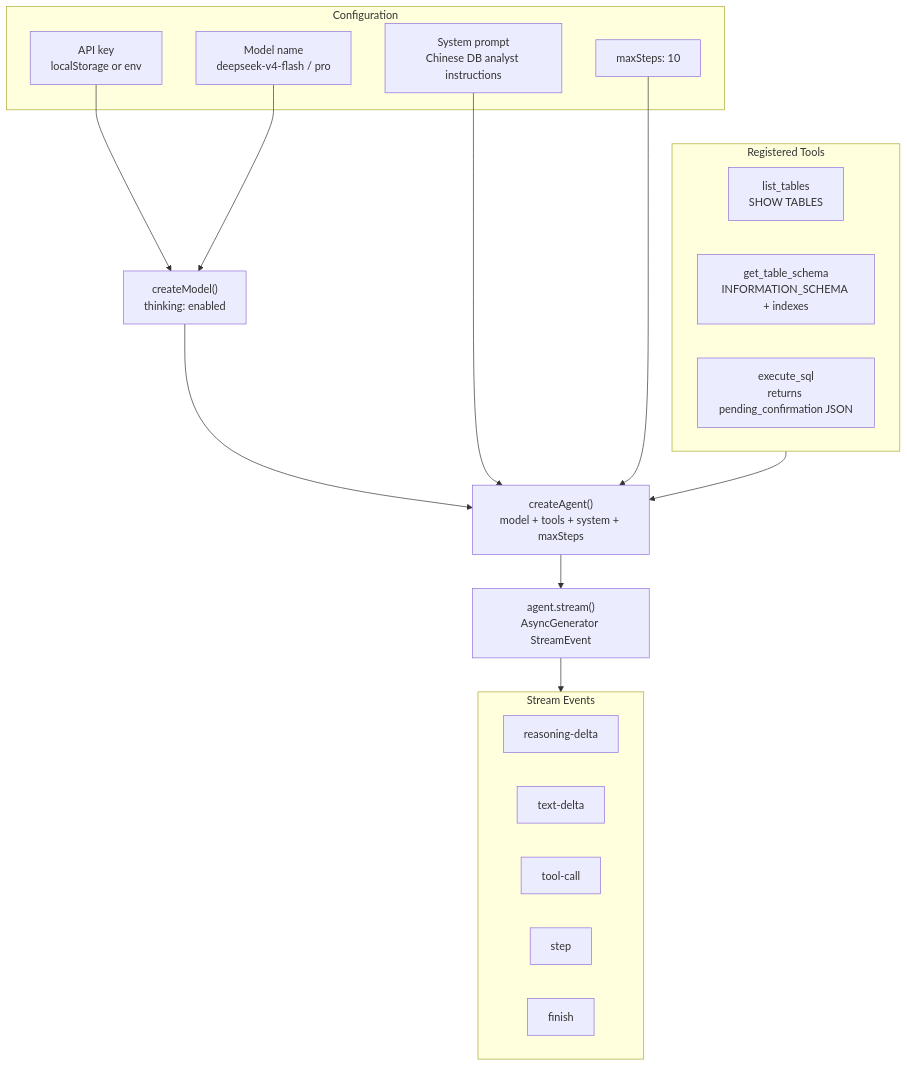
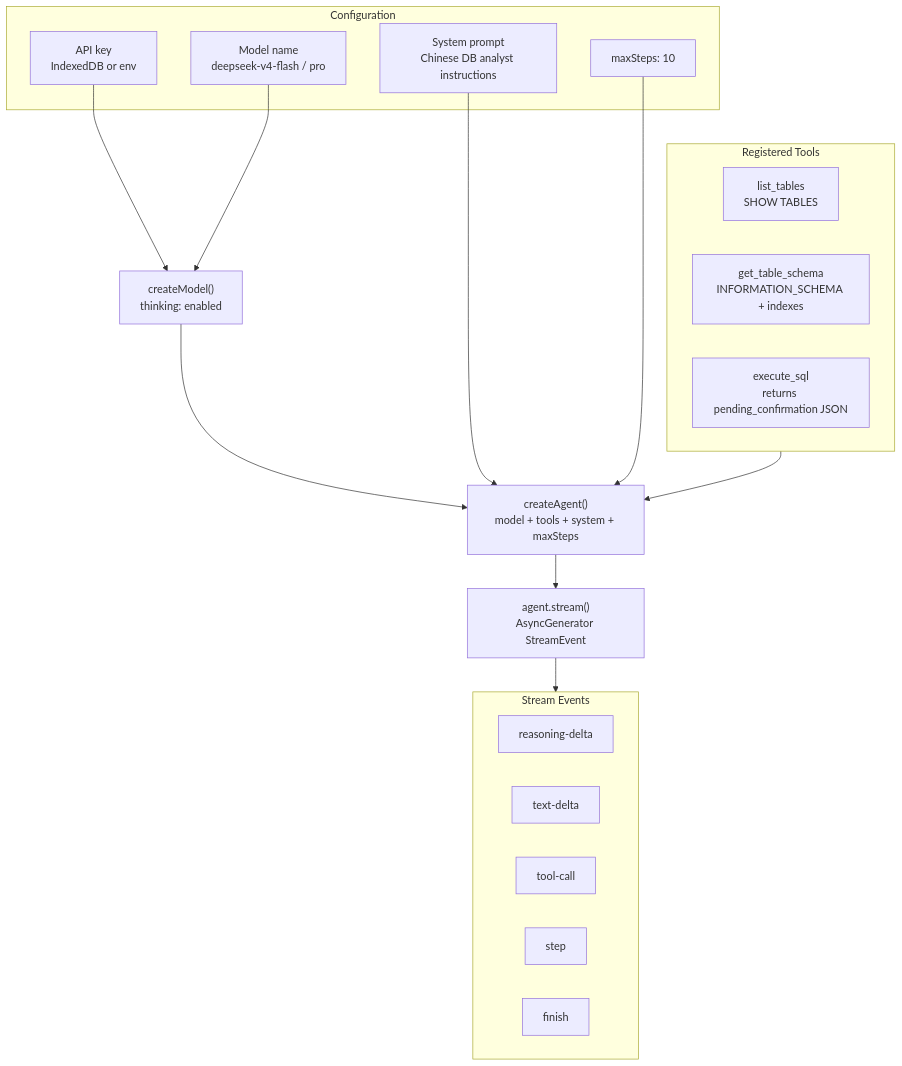
The third of 6 diagrams in docs/architecture.md (annoyc/deepseek-db-chat), drawn with Mermaid before and after one commit. The commit also changed other lines of this file and 9 other files, not shown here.

````diff
--- a/docs/architecture.md
+++ b/docs/architecture.md
@@ -128,36 +128,36 @@
 ```mermaid
 flowchart TB
     subgraph config ["Configuration"]
-        apiKey["API key<br/>localStorage or env"]
+        apiKey["API key<br/>IndexedDB or env"]
         modelName["Model name<br/>deepseek-v4-flash / pro"]
         systemPrompt["System prompt<br/>Chinese DB analyst instructions"]
         maxSteps["maxSteps: 10"]
     end
 
     createModelFn["createModel()<br/>thinking: enabled"]
     createAgentFn["createAgent()<br/>model + tools + system + maxSteps"]
     agentStreamFn["agent.stream()<br/>AsyncGenerator StreamEvent"]
 
     subgraph tools ["Registered Tools"]
         listTables["list_tables<br/>SHOW TABLES"]
         getSchema["get_table_schema<br/>INFORMATION_SCHEMA + indexes"]
         executeSql["execute_sql<br/>returns pending_confirmation JSON"]
     end
 
     subgraph events ["Stream Events"]
         reasoningDelta["reasoning-delta"]
         textDelta["text-delta"]
         toolCall["tool-call"]
         stepEvt["step"]
         finishEvt["finish"]
     end
 
     apiKey --> createModelFn
     modelName --> createModelFn
     createModelFn --> createAgentFn
     systemPrompt --> createAgentFn
     maxSteps --> createAgentFn
     tools --> createAgentFn
     createAgentFn --> agentStreamFn
     agentStreamFn --> events
 ```
````
